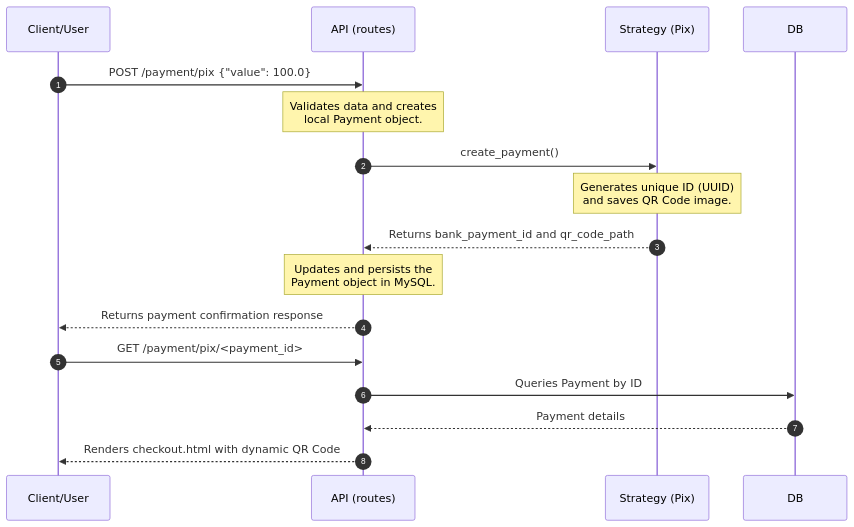
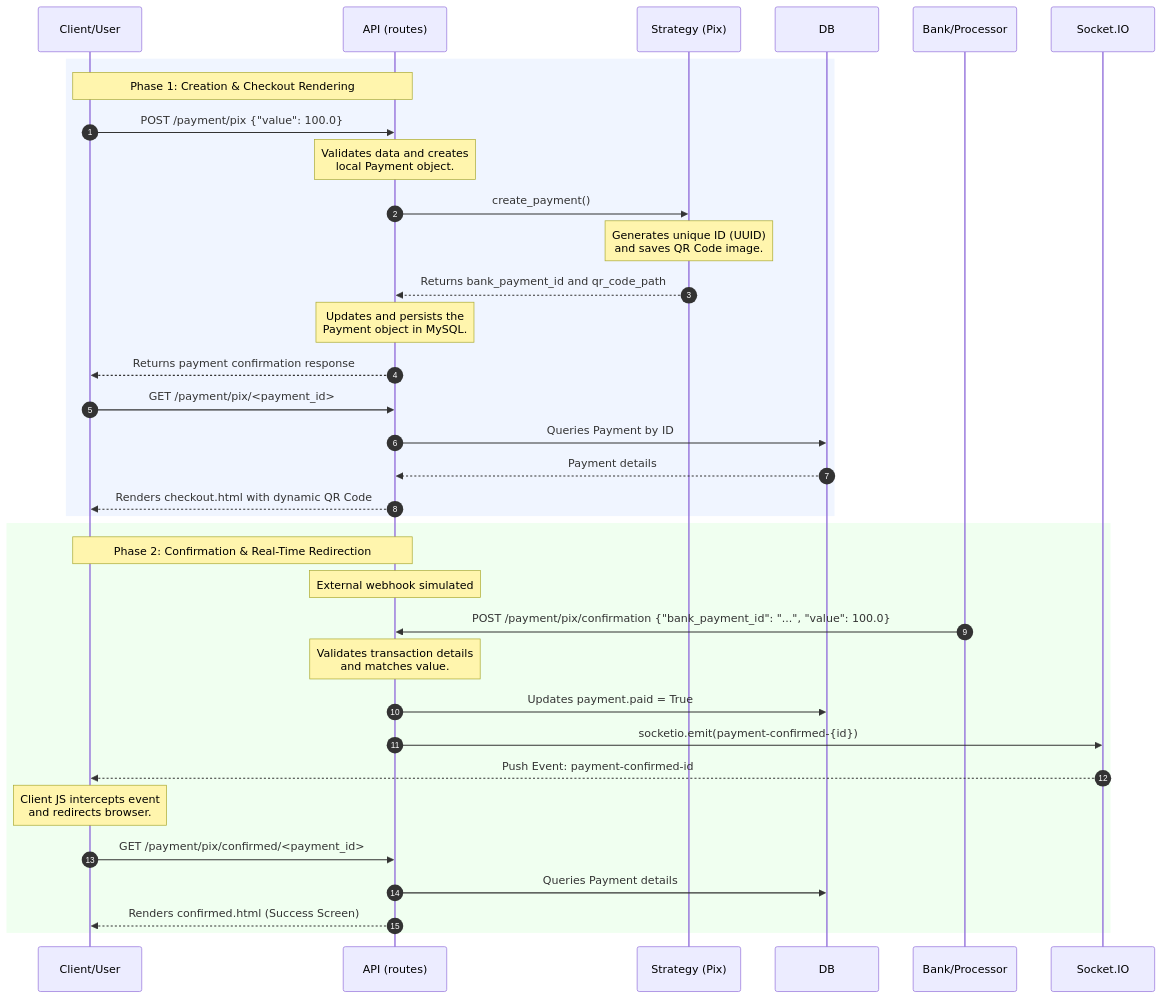
The second of 2 diagrams in docs/architecture.md (Sera-DAI/Payment-API), drawn with Mermaid before and after one commit. The commit also changed other lines of this file and 2 other files, not shown here.

Commit message:
Update documentation: Enhance architecture and routes mapping details

````diff
--- a/docs/architecture.md
+++ b/docs/architecture.md
@@ -79,16 +79,34 @@
 ```mermaid
 sequenceDiagram
     autonumber
-    Client/User->>API (routes): POST /payment/pix {"value": 100.0}
-    Note over API (routes): Validates data and creates<br/>local Payment object.
-    API (routes)->>Strategy (Pix): create_payment()
-    Note over Strategy (Pix): Generates unique ID (UUID)<br/>and saves QR Code image.
-    Strategy (Pix)-->>API (routes): Returns bank_payment_id and qr_code_path
-    Note over API (routes): Updates and persists the<br/>Payment object in MySQL.
-    API (routes)-->>Client/User: Returns payment confirmation response
     
-    Client/User->>API (routes): GET /payment/pix/<payment_id>
-    API (routes)->>DB: Queries Payment by ID
-    DB-->>API (routes): Payment details
-    API (routes)-->>Client/User: Renders checkout.html with dynamic QR Code
+    rect rgb(240, 245, 255)
+        Note over Client/User, API (routes): Phase 1: Creation & Checkout Rendering
+        Client/User->>API (routes): POST /payment/pix {"value": 100.0}
+        Note over API (routes): Validates data and creates<br/>local Payment object.
+        API (routes)->>Strategy (Pix): create_payment()
+        Note over Strategy (Pix): Generates unique ID (UUID)<br/>and saves QR Code image.
+        Strategy (Pix)-->>API (routes): Returns bank_payment_id and qr_code_path
+        Note over API (routes): Updates and persists the<br/>Payment object in MySQL.
+        API (routes)-->>Client/User: Returns payment confirmation response
+        
+        Client/User->>API (routes): GET /payment/pix/<payment_id>
+        API (routes)->>DB: Queries Payment by ID
+        DB-->>API (routes): Payment details
+        API (routes)-->>Client/User: Renders checkout.html with dynamic QR Code
+    end
+    
+    rect rgb(240, 255, 240)
+        Note over Client/User, API (routes): Phase 2: Confirmation & Real-Time Redirection
+        Note over API (routes): External webhook simulated
+        Bank/Processor->>API (routes): POST /payment/pix/confirmation {"bank_payment_id": "...", "value": 100.0}
+        Note over API (routes): Validates transaction details<br/>and matches value.
+        API (routes)->>DB: Updates payment.paid = True
+        API (routes)->>Socket.IO: socketio.emit(payment-confirmed-{id})
+        Socket.IO-->>Client/User: Push Event: payment-confirmed-id
+        Note over Client/User: Client JS intercepts event<br/>and redirects browser.
+        Client/User->>API (routes): GET /payment/pix/confirmed/<payment_id>
+        API (routes)->>DB: Queries Payment details
+        API (routes)-->>Client/User: Renders confirmed.html (Success Screen)
+    end
 ```
````
